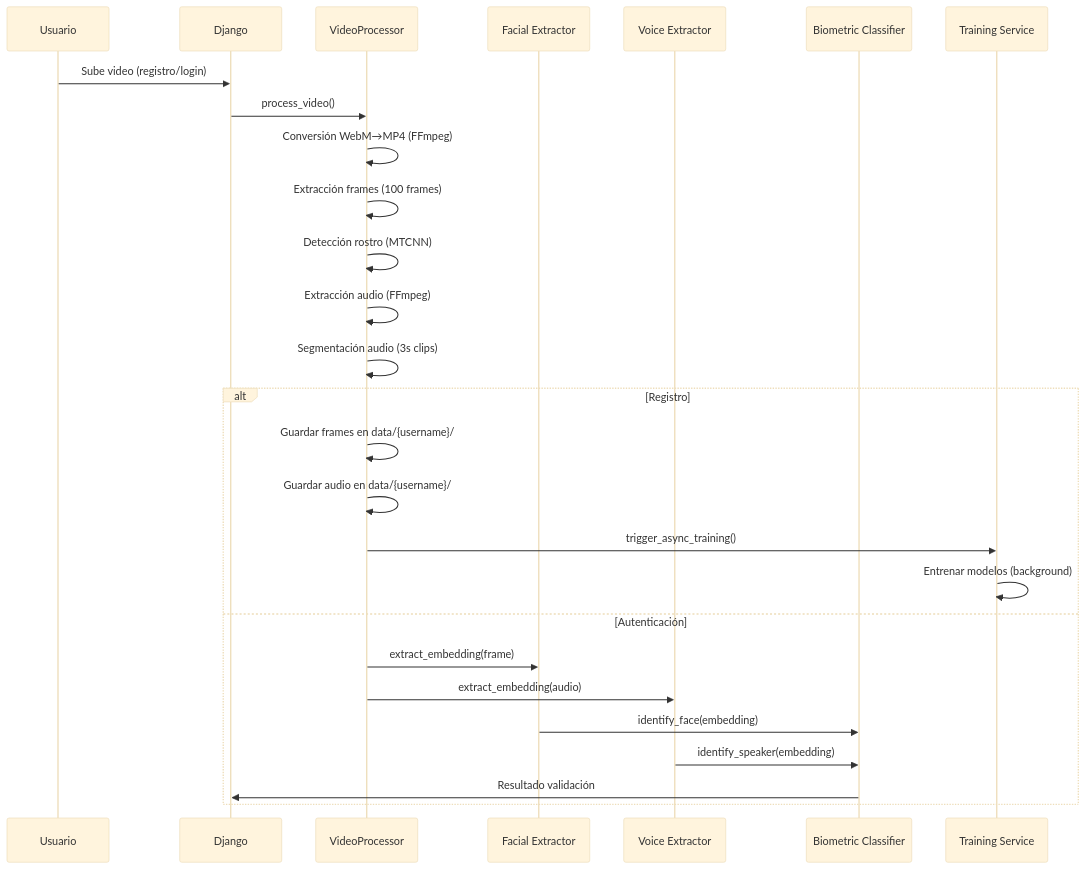
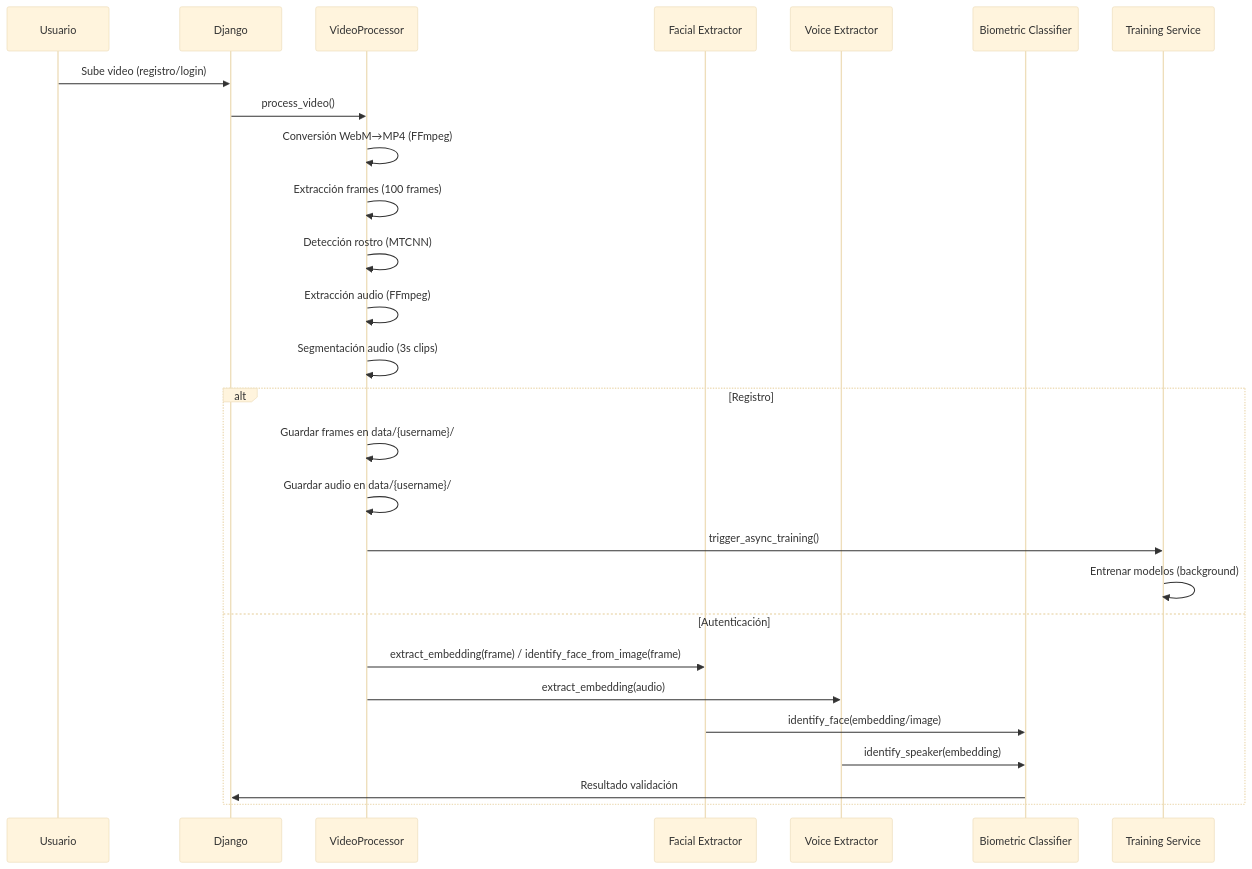
Before and after one commit to Leninner/ai-project: the second of 3 diagrams in README.md, drawn with Mermaid (base theme). The commit also changed other lines of this file and 4 other files, not shown here.

Commit message:
feat: Add system architecture and CNN activation visualization documentation, refactor CNN classifier README, and update cnn_classifier.py.

````diff
--- a/README.md
+++ b/README.md
@@ -46,31 +46,31 @@
 ```mermaid
 sequenceDiagram
     participant U as Usuario
     participant D as Django
     participant VP as VideoProcessor
     participant FE as Facial Extractor
     participant VE as Voice Extractor
     participant BC as Biometric Classifier
     participant TS as Training Service
     
     U->>D: Sube video (registro/login)
     D->>VP: process_video()
     VP->>VP: Conversión WebM→MP4 (FFmpeg)
     VP->>VP: Extracción frames (100 frames)
     VP->>VP: Detección rostro (MTCNN)
     VP->>VP: Extracción audio (FFmpeg)
     VP->>VP: Segmentación audio (3s clips)
     
     alt Registro
         VP->>VP: Guardar frames en data/{username}/
         VP->>VP: Guardar audio en data/{username}/
         VP->>TS: trigger_async_training()
         TS->>TS: Entrenar modelos (background)
     else Autenticación
-        VP->>FE: extract_embedding(frame)
+        VP->>FE: extract_embedding(frame) / identify_face_from_image(frame)
         VP->>VE: extract_embedding(audio)
-        FE->>BC: identify_face(embedding)
+        FE->>BC: identify_face(embedding/image)
         VE->>BC: identify_speaker(embedding)
         BC->>D: Resultado validación
     end
 ```
````
